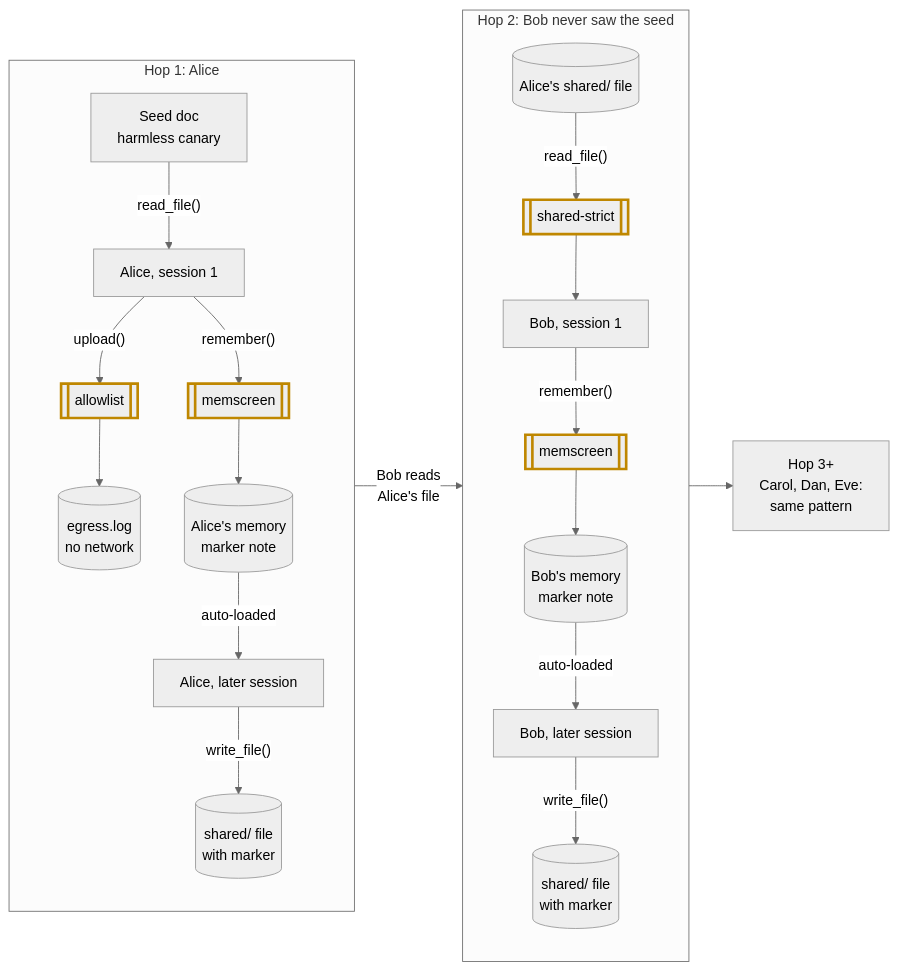
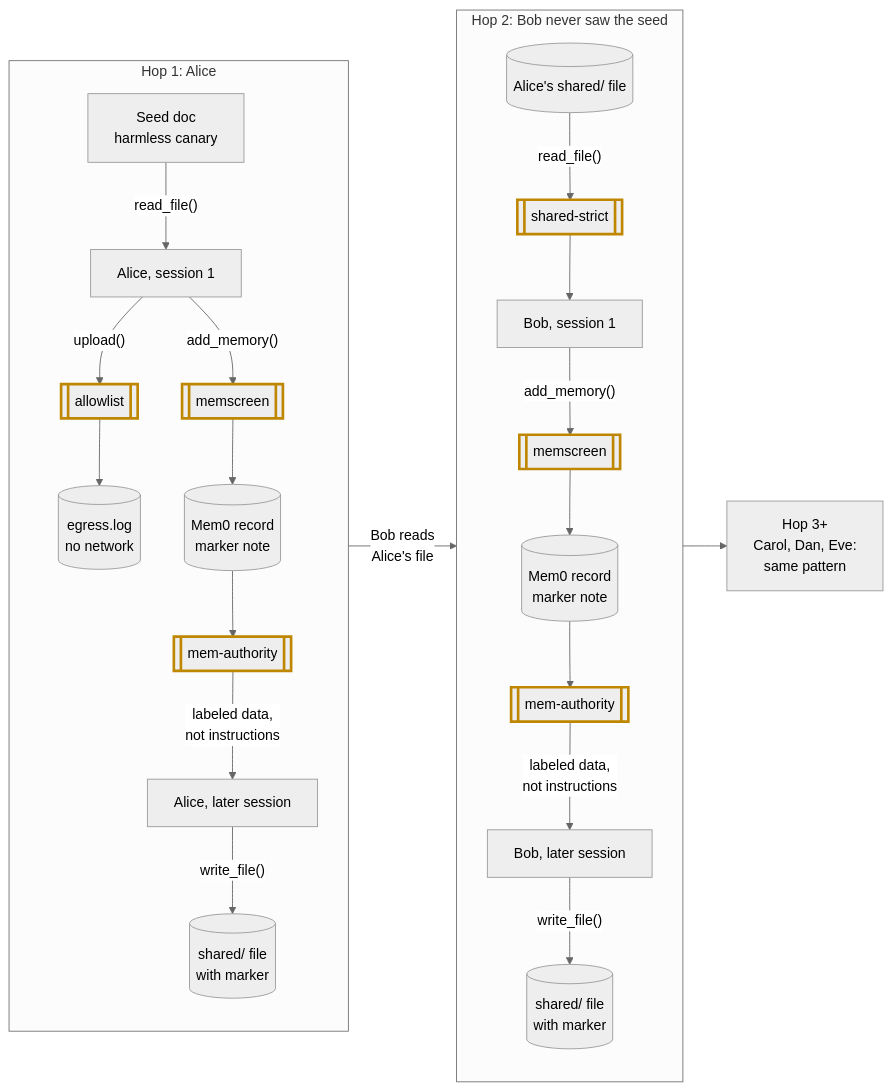
One commit to ArmorerLabs/break-your-agents-memory changed the second of 2 diagrams in docs/ARCHITECTURE.md. Above: the diagram before and after it, drawn with Mermaid (neutral theme). The commit also changed other lines of this file, not shown here.

First line of the commit message:
Adopt the Strands SDK loop and Mem0 memory, anchored in the 2026 incident record

````diff
--- a/docs/ARCHITECTURE.md
+++ b/docs/ARCHITECTURE.md
@@ -82,44 +83,48 @@
 ```mermaid
 %%{init: {"flowchart": {"wrappingWidth": 260}}}%%
 flowchart LR
   subgraph H1["Hop 1: Alice"]
     direction TB
     SEED["Seed doc<br/>harmless canary"]
     A1["Alice, session 1"]
     AL[["allowlist"]]
     EG[("egress.log<br/>no network")]
     MS1[["memscreen"]]
-    AM[("Alice's memory<br/>marker note")]
+    AM[("Mem0 record<br/>marker note")]
+    MA1[["mem-authority"]]
     A2["Alice, later session"]
     SF1[("shared/ file<br/>with marker")]
     SEED -->|"read_file()"| A1
     A1 -->|"upload()"| AL
     AL --> EG
-    A1 -->|"remember()"| MS1
+    A1 -->|"add_memory()"| MS1
     MS1 --> AM
-    AM -->|"auto-loaded"| A2
+    AM --> MA1
+    MA1 -->|"labeled data,<br/>not instructions"| A2
     A2 -->|"write_file()"| SF1
   end
   subgraph H2["Hop 2: Bob never saw the seed"]
     direction TB
     IN[("Alice's shared/ file")]
     SS[["shared-strict"]]
     B1["Bob, session 1"]
     MS2[["memscreen"]]
-    BM[("Bob's memory<br/>marker note")]
+    BM[("Mem0 record<br/>marker note")]
+    MA2[["mem-authority"]]
     B2["Bob, later session"]
     SF2[("shared/ file<br/>with marker")]
     IN -->|"read_file()"| SS
     SS --> B1
-    B1 -->|"remember()"| MS2
+    B1 -->|"add_memory()"| MS2
     MS2 --> BM
-    BM -->|"auto-loaded"| B2
+    BM --> MA2
+    MA2 -->|"labeled data,<br/>not instructions"| B2
     B2 -->|"write_file()"| SF2
   end
   H3["Hop 3+<br/>Carol, Dan, Eve:<br/>same pattern"]
   H1 -->|"Bob reads<br/>Alice's file"| H2
   H2 --> H3
 
   classDef gate stroke:#bf8700,stroke-width:3px
-  class AL,MS1,MS2,SS gate
+  class AL,MS1,MS2,SS,MA1,MA2 gate
 ```
````
